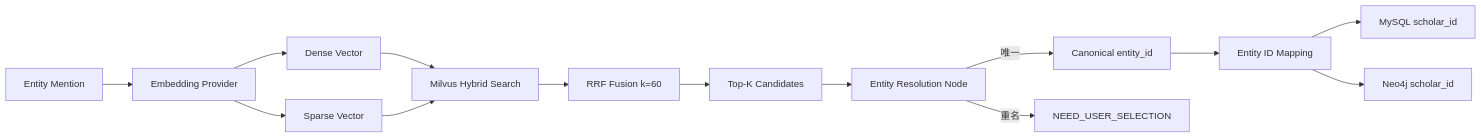
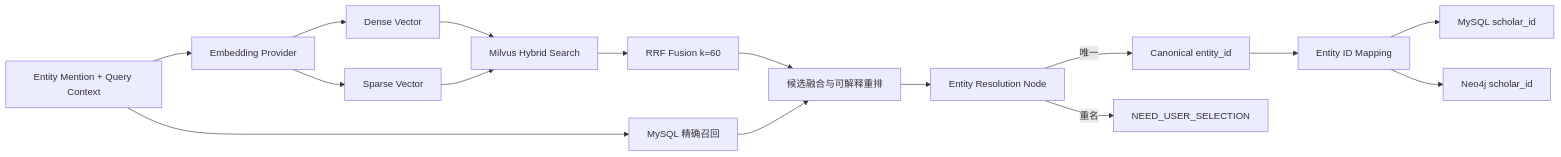
One commit to zhouweicode/multi-agent-program changed the first of 4 diagrams in README.md. Above: the diagram before and after it, drawn with Mermaid. The commit also changed other lines of this file and 56 other files, not shown here.

````diff
--- a/README.md
+++ b/README.md
@@ -55,16 +59,18 @@
 ```mermaid
 flowchart LR
-    Q[Entity Mention] --> E[Embedding Provider]
+    Q[Entity Mention + Query Context] --> SQL[MySQL 精确召回]
+    Q --> E[Embedding Provider]
     E --> D[Dense Vector]
     E --> S[Sparse Vector]
     D --> MH[Milvus Hybrid Search]
     S --> MH
     MH --> RRF[RRF Fusion k=60]
-    RRF --> C[Top-K Candidates]
+    RRF --> C[候选融合与可解释重排]
+    SQL --> C
     C --> ER[Entity Resolution Node]
     ER -->|唯一| CID[Canonical entity_id]
     ER -->|重名| UI[NEED_USER_SELECTION]
     CID --> MAP[Entity ID Mapping]
     MAP --> MY[MySQL scholar_id]
     MAP --> NEO[Neo4j scholar_id]
 ```
````
